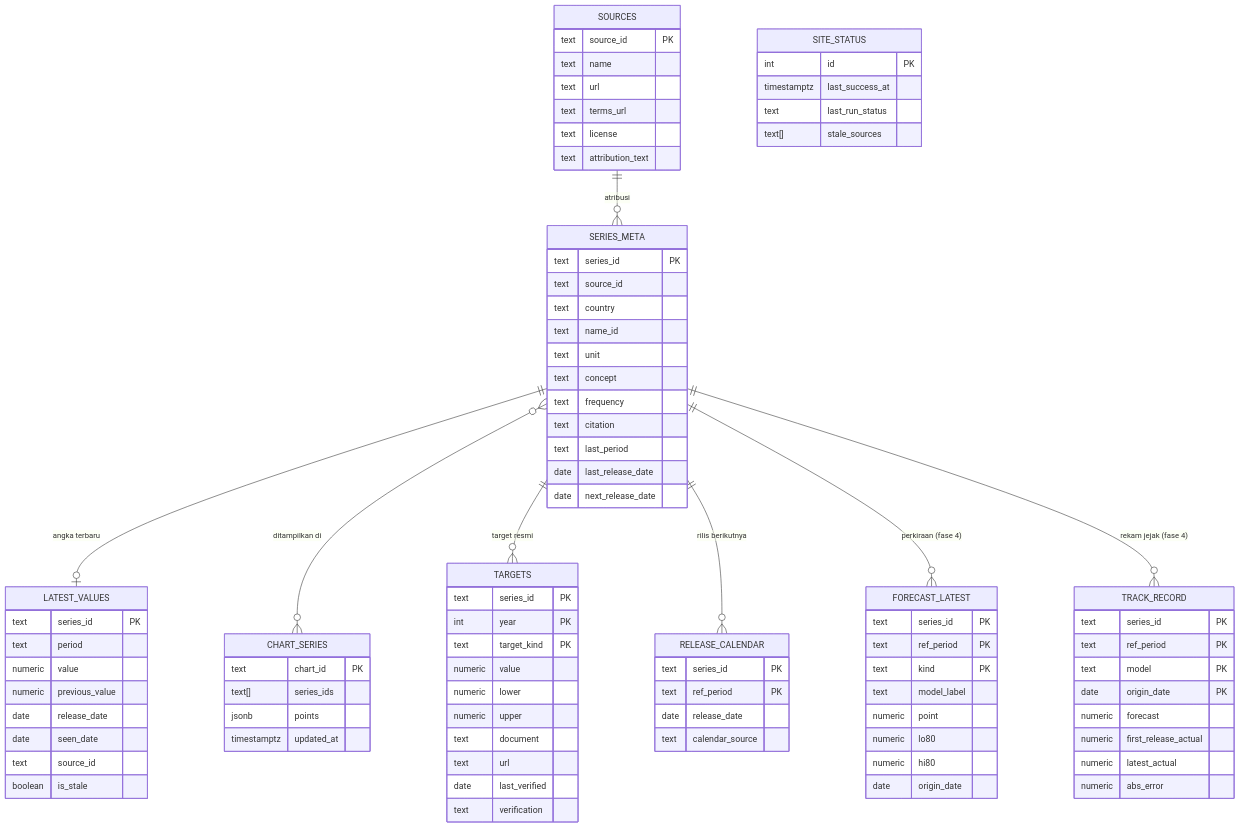
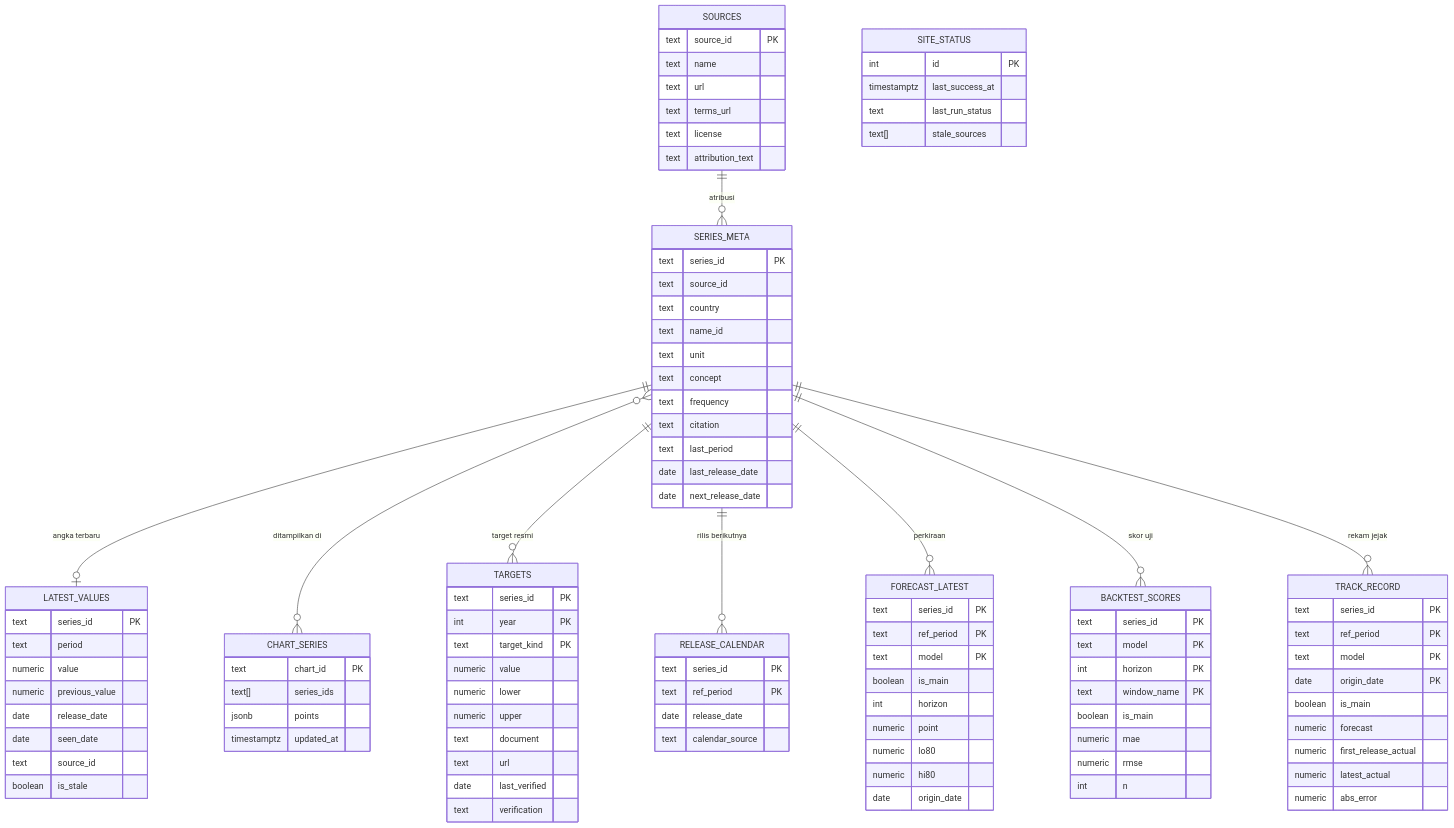
The second of 2 diagrams in SCHEMA.md (YonoBengkel/Con-Fore), drawn with Mermaid before and after one commit. The commit also changed other lines of this file and 29 other files, not shown here.

```diff
--- a/SCHEMA.md
+++ b/SCHEMA.md
@@ -139,8 +139,9 @@
   SERIES_META }o--o{ CHART_SERIES : "ditampilkan di"
   SERIES_META ||--o{ TARGETS : "target resmi"
   SERIES_META ||--o{ RELEASE_CALENDAR : "rilis berikutnya"
-  SERIES_META ||--o{ FORECAST_LATEST : "perkiraan (fase 4)"
-  SERIES_META ||--o{ TRACK_RECORD : "rekam jejak (fase 4)"
+  SERIES_META ||--o{ FORECAST_LATEST : "perkiraan"
+  SERIES_META ||--o{ BACKTEST_SCORES : "skor uji"
+  SERIES_META ||--o{ TRACK_RECORD : "rekam jejak"
   SOURCES {
     text source_id PK
     text name
@@ -199,18 +200,30 @@
   FORECAST_LATEST {
     text series_id PK
     text ref_period PK
-    text kind PK
-    text model_label
+    text model PK
+    boolean is_main
+    int horizon
     numeric point
     numeric lo80
     numeric hi80
     date origin_date
+  }
+  BACKTEST_SCORES {
+    text series_id PK
+    text model PK
+    int horizon PK
+    text window_name PK
+    boolean is_main
+    numeric mae
+    numeric rmse
+    int n
   }
   TRACK_RECORD {
     text series_id PK
     text ref_period PK
     text model PK
     date origin_date PK
+    boolean is_main
     numeric forecast
     numeric first_release_actual
     numeric latest_actual
```
